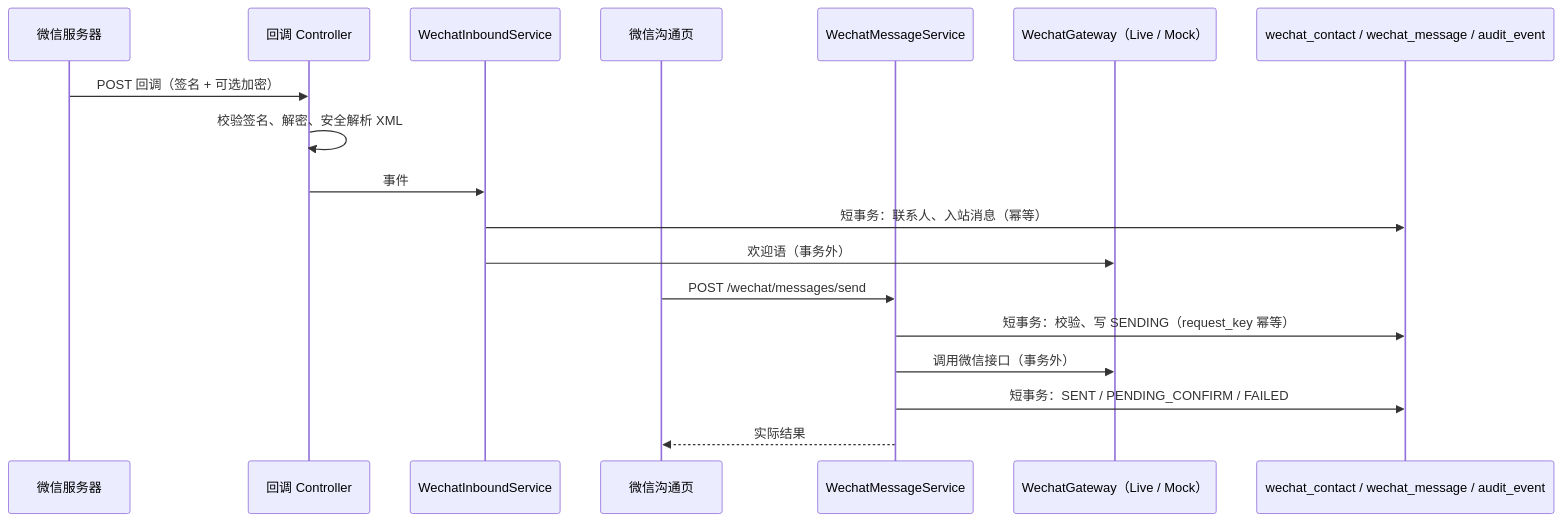
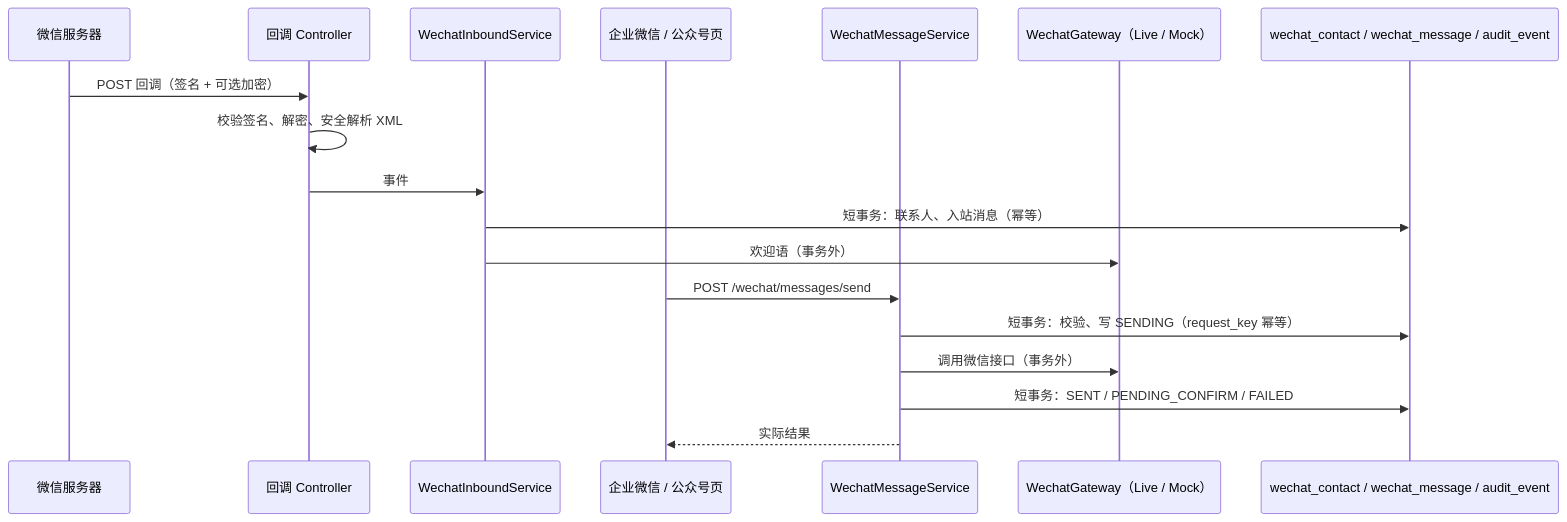
One commit to boruikang846-a11y/boruikang-health changed the diagram in docs/api/wechat-channels-1.9.md. Above: the diagram before and after it, drawn with Mermaid. The commit also changed 23 other files, not shown here.

````diff
--- a/docs/api/wechat-channels-1.9.md
+++ b/docs/api/wechat-channels-1.9.md
@@ -5,20 +5,20 @@
 ```mermaid
 sequenceDiagram
   participant WX as 微信服务器
   participant CB as 回调 Controller
   participant IN as WechatInboundService
-  participant UI as 微信沟通页
+  participant UI as 企业微信 / 公众号页
   participant MSG as WechatMessageService
   participant GW as WechatGateway（Live / Mock）
   participant DB as wechat_contact / wechat_message / audit_event
   WX->>CB: POST 回调（签名 + 可选加密）
   CB->>CB: 校验签名、解密、安全解析 XML
   CB->>IN: 事件
   IN->>DB: 短事务：联系人、入站消息（幂等）
   IN->>GW: 欢迎语（事务外）
   UI->>MSG: POST /wechat/messages/send
   MSG->>DB: 短事务：校验、写 SENDING（request_key 幂等）
   MSG->>GW: 调用微信接口（事务外）
   MSG->>DB: 短事务：SENT / PENDING_CONFIRM / FAILED
   MSG-->>UI: 实际结果
 ```
````
